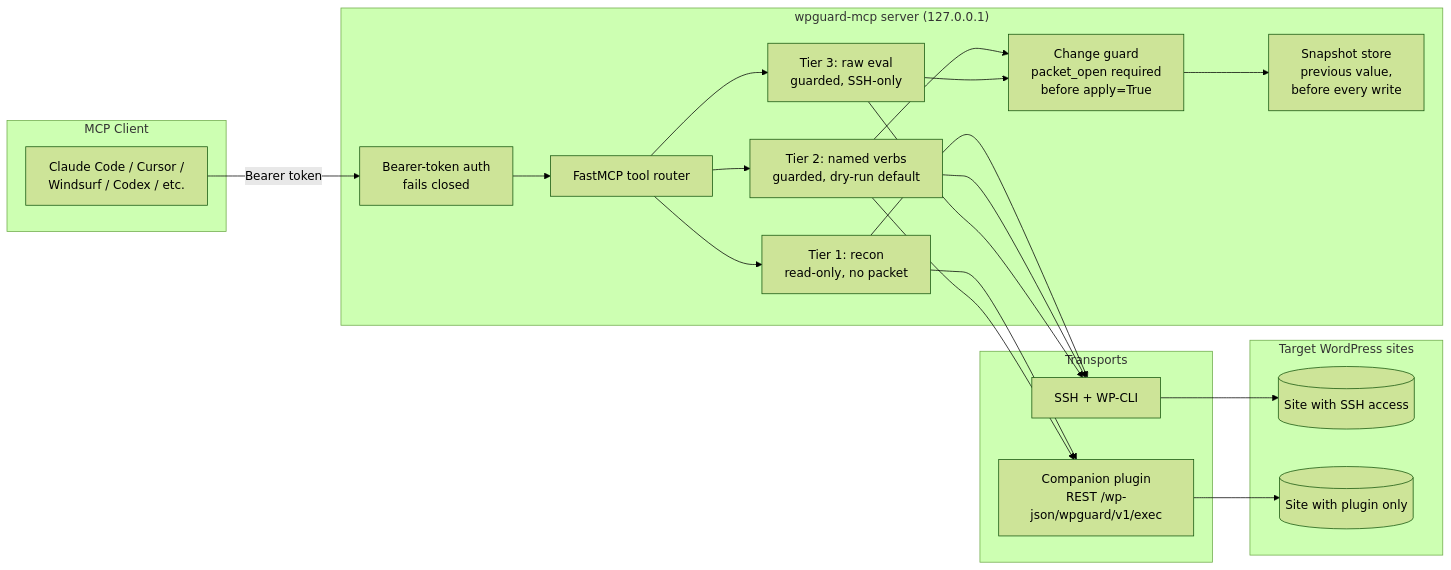
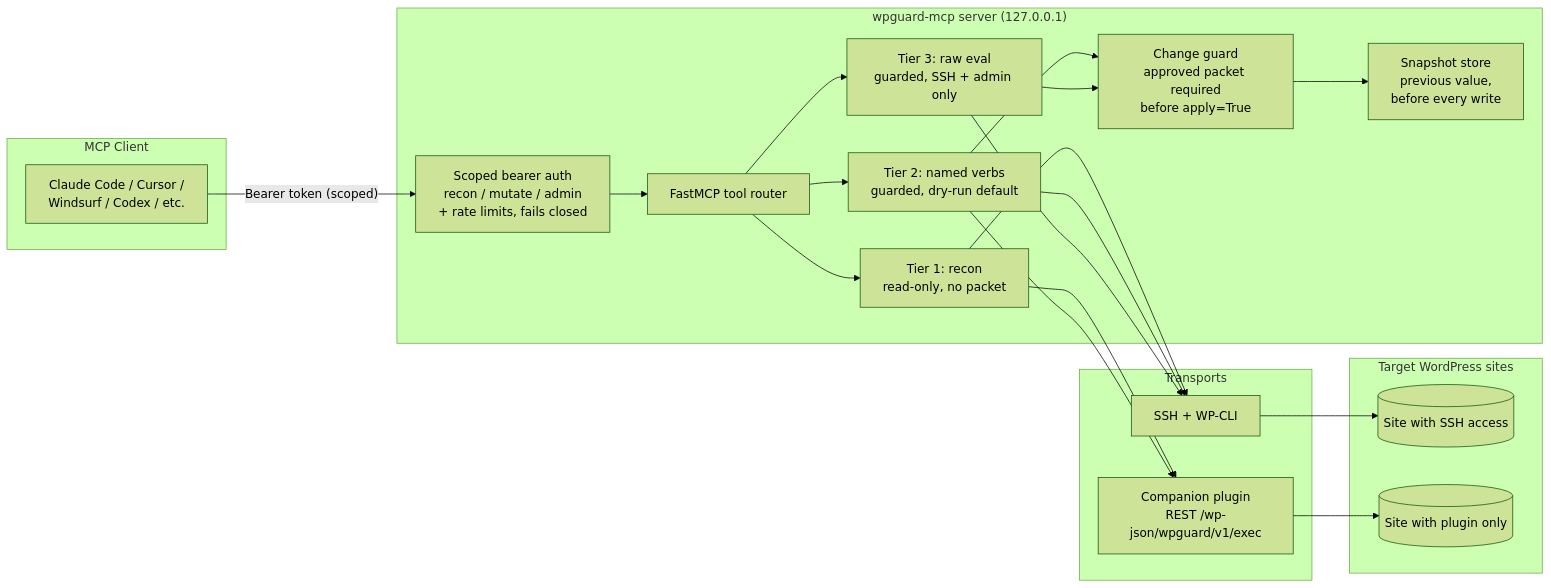
One commit to cgallic/wpguard-mcp changed the diagram in README.md. Above: the diagram before and after it, drawn with Mermaid (forest theme). The commit also changed other lines of this file and 3 other files, not shown here.

````diff
--- a/README.md
+++ b/README.md
@@ -21,42 +44,42 @@
 ```mermaid
 flowchart LR
     subgraph Client["MCP Client"]
         A[Claude Code / Cursor /<br/>Windsurf / Codex / etc.]
     end
 
     subgraph Server["wpguard-mcp server (127.0.0.1)"]
-        AUTH[Bearer-token auth<br/>fails closed]
+        AUTH[Scoped bearer auth<br/>recon / mutate / admin<br/>+ rate limits, fails closed]
         MCP[FastMCP tool router]
-        GUARD[Change guard<br/>packet_open required<br/>before apply=True]
+        GUARD[Change guard<br/>approved packet required<br/>before apply=True]
         SNAP[Snapshot store<br/>previous value,<br/>before every write]
         T1[Tier 1: recon<br/>read-only, no packet]
         T2[Tier 2: named verbs<br/>guarded, dry-run default]
-        T3[Tier 3: raw eval<br/>guarded, SSH-only]
+        T3[Tier 3: raw eval<br/>guarded, SSH + admin only]
     end
 
     subgraph Transports["Transports"]
         SSH[SSH + WP-CLI]
         PLUGIN[Companion plugin<br/>REST /wp-json/wpguard/v1/exec]
     end
 
     subgraph Sites["Target WordPress sites"]
         S1[(Site with SSH access)]
         S2[(Site with plugin only)]
     end
 
-    A -- "Bearer token" --> AUTH
+    A -- "Bearer token (scoped)" --> AUTH
     AUTH --> MCP
     MCP --> T1
     MCP --> T2
     MCP --> T3
     T2 --> GUARD
     T3 --> GUARD
     GUARD --> SNAP
     T1 --> SSH
     T1 --> PLUGIN
     T2 --> SSH
     T2 --> PLUGIN
     T3 --> SSH
     SSH --> S1
     PLUGIN --> S2
 ```
````
